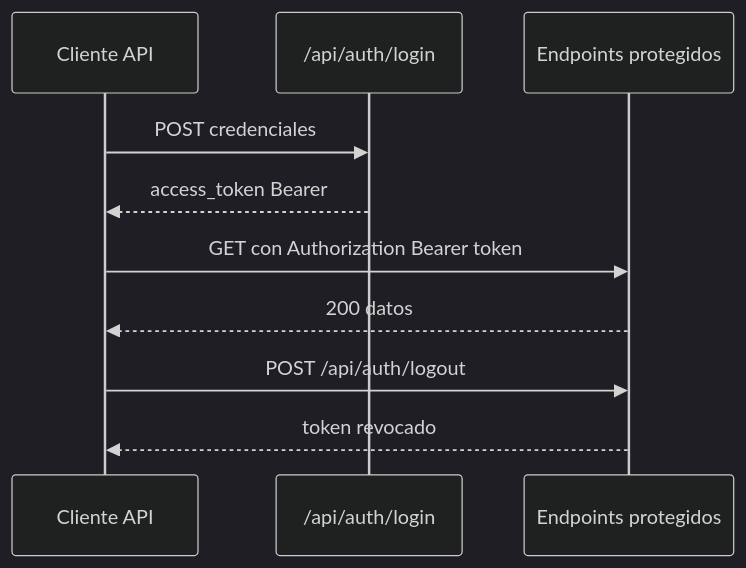
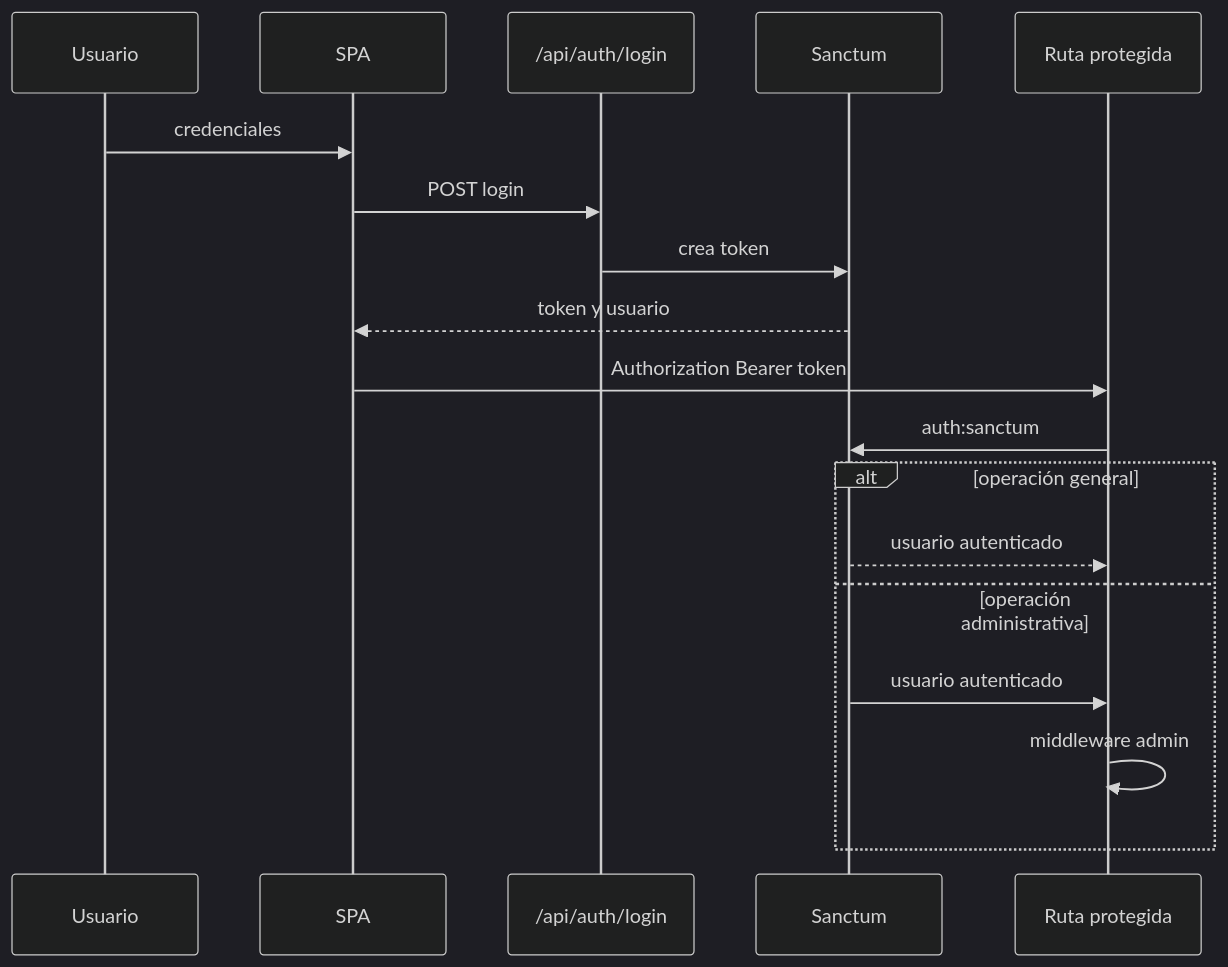
Diagram 11 of 15 in README.md (yojr23/iot-platform-v2), drawn with Mermaid (dark theme) before and after one commit. The commit also changed other lines of this file and 464 other files, not shown here.

````diff
--- a/README.md
+++ b/README.md
@@ -461,13 +535,20 @@
-```mermaid
+~~~mermaid
 sequenceDiagram
-    participant Cli as Cliente API
-    participant Auth as /api/auth/login
-    participant Api as Endpoints protegidos
-
-    Cli->>Auth: POST credenciales
-    Auth-->>Cli: access_token Bearer
-    Cli->>Api: GET con Authorization Bearer token
-    Api-->>Cli: 200 datos
-    Cli->>Api: POST /api/auth/logout
-    Api-->>Cli: token revocado
-```
+    participant U as Usuario
+    participant SPA as SPA
+    participant A as /api/auth/login
+    participant S as Sanctum
+    participant API as Ruta protegida
+    U->>SPA: credenciales
+    SPA->>A: POST login
+    A->>S: crea token
+    S-->>SPA: token y usuario
+    SPA->>API: Authorization Bearer token
+    API->>S: auth:sanctum
+    alt operación general
+        S-->>API: usuario autenticado
+    else operación administrativa
+        S->>API: usuario autenticado
+        API->>API: middleware admin
+    end
+~~~
````
